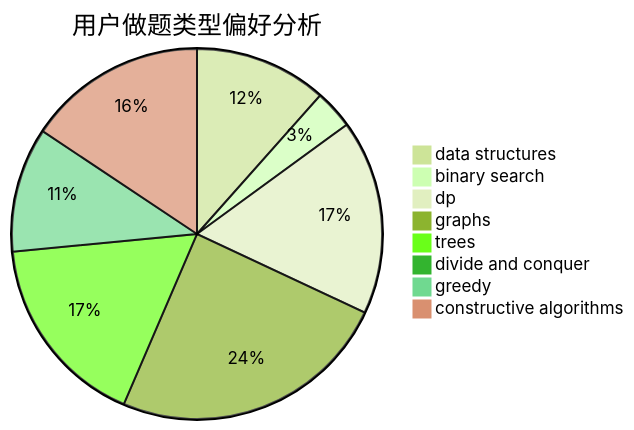
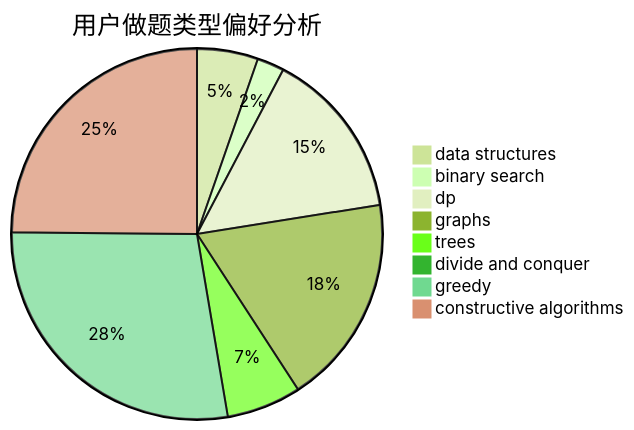
The second of 3 diagrams in docs/user/u1635.md (sherpahu/cfrs.github.io), drawn with Mermaid (forest theme) before and after one commit. The commit also changed other lines of this file and 2770 other files, not shown here.

````diff
--- a/docs/user/u1635.md
+++ b/docs/user/u1635.md
@@ -23,11 +23,11 @@
 ```mermaid
 pie title 用户做题类型偏好分析
-    "data structures" :  17
-    "binary search" :  5
+    "data structures" :  9
+    "binary search" :  4
     "dp" :  25
-    "graphs" :  36
-    "trees" :  25
+    "graphs" :  31
+    "trees" :  11
     "divide and conquer" :  0
-    "greedy" :  16
-    "constructive algorithms" :  23
+    "greedy" :  47
+    "constructive algorithms" :  42
 ```
````
